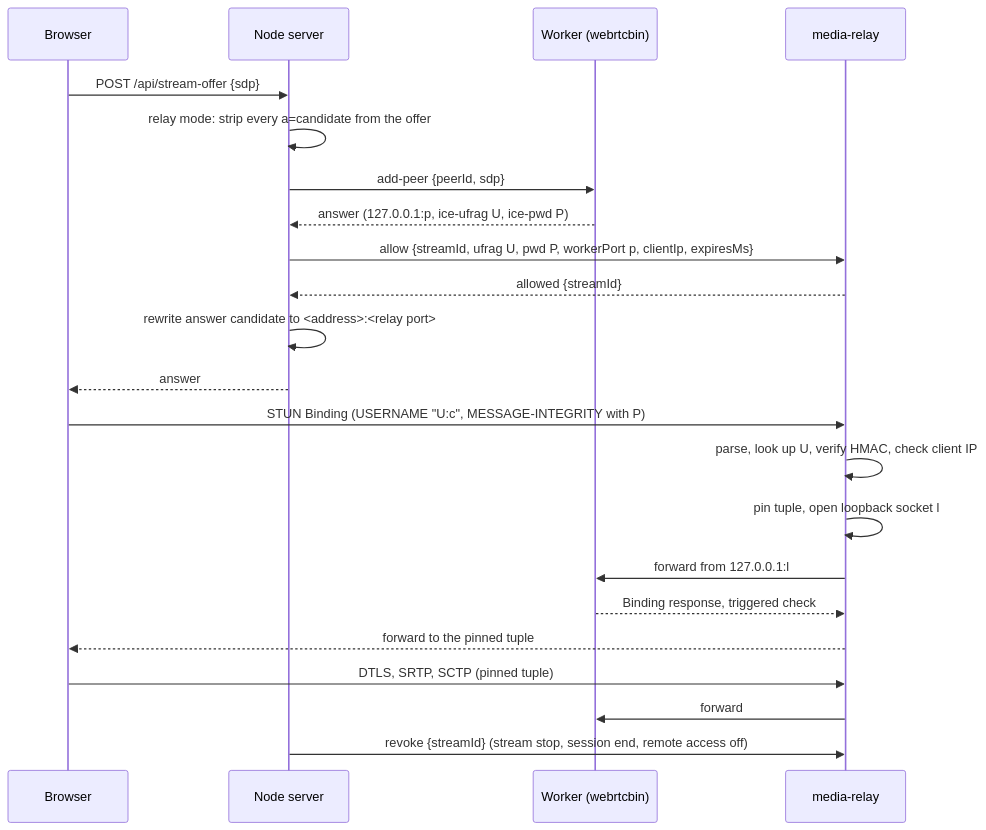
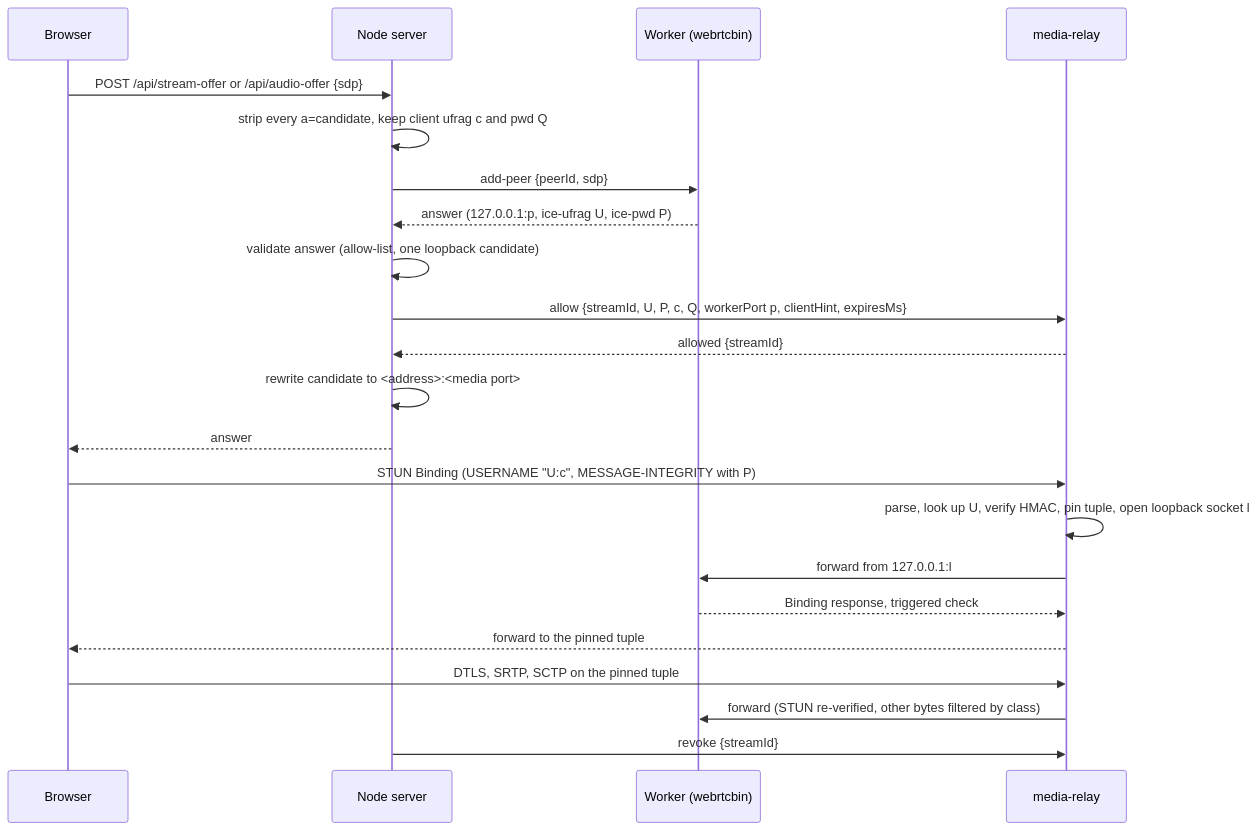
Before and after one commit to kiforsbe/vidvnc: the third of 4 diagrams in docs/superpowers/specs/2026-09-26-r4-media-relay-and-privilege-split-design.md, drawn with Mermaid. The commit also changed other lines of this file and 1 other file, not shown here.

````diff
--- a/docs/superpowers/specs/2026-09-26-r4-media-relay-and-privilege-split-design.md
+++ b/docs/superpowers/specs/2026-09-26-r4-media-relay-and-privilege-split-design.md
@@ -158,25 +187,25 @@
 ```mermaid
 sequenceDiagram
     participant B as Browser
     participant S as Node server
     participant W as Worker (webrtcbin)
     participant R as media-relay
 
-    B->>S: POST /api/stream-offer {sdp}
-    S->>S: relay mode: strip every a=candidate from the offer
+    B->>S: POST /api/stream-offer or /api/audio-offer {sdp}
+    S->>S: strip every a=candidate, keep client ufrag c and pwd Q
     S->>W: add-peer {peerId, sdp}
     W-->>S: answer (127.0.0.1:p, ice-ufrag U, ice-pwd P)
-    S->>R: allow {streamId, ufrag U, pwd P, workerPort p, clientIp, expiresMs}
+    S->>S: validate answer (allow-list, one loopback candidate)
+    S->>R: allow {streamId, U, P, c, Q, workerPort p, clientHint, expiresMs}
     R-->>S: allowed {streamId}
-    S->>S: rewrite answer candidate to <address>:<relay port>
+    S->>S: rewrite candidate to <address>:<media port>
     S-->>B: answer
     B->>R: STUN Binding (USERNAME "U:c", MESSAGE-INTEGRITY with P)
-    R->>R: parse, look up U, verify HMAC, check client IP
-    R->>R: pin tuple, open loopback socket l
+    R->>R: parse, look up U, verify HMAC, pin tuple, open loopback socket l
     R->>W: forward from 127.0.0.1:l
     W-->>R: Binding response, triggered check
     R-->>B: forward to the pinned tuple
-    B->>R: DTLS, SRTP, SCTP (pinned tuple)
-    R->>W: forward
-    S->>R: revoke {streamId} (stream stop, session end, remote access off)
+    B->>R: DTLS, SRTP, SCTP on the pinned tuple
+    R->>W: forward (STUN re-verified, other bytes filtered by class)
+    S->>R: revoke {streamId}
 ```
````
